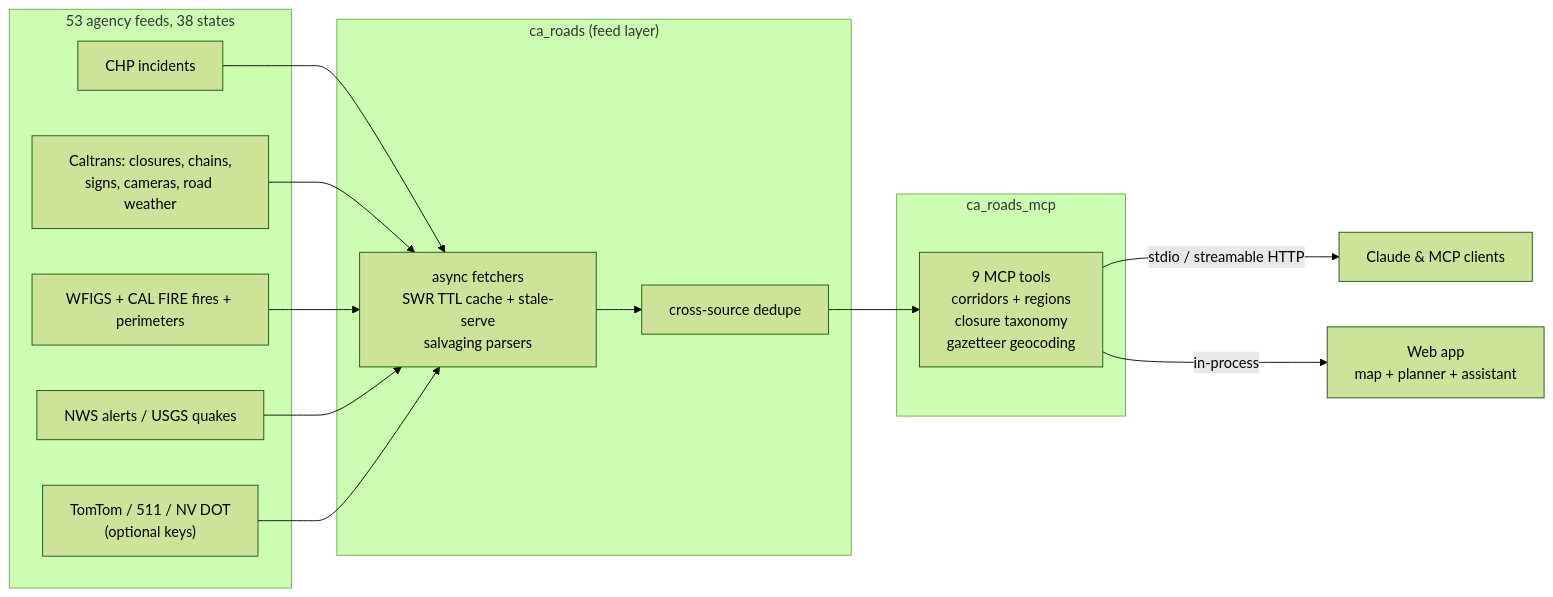
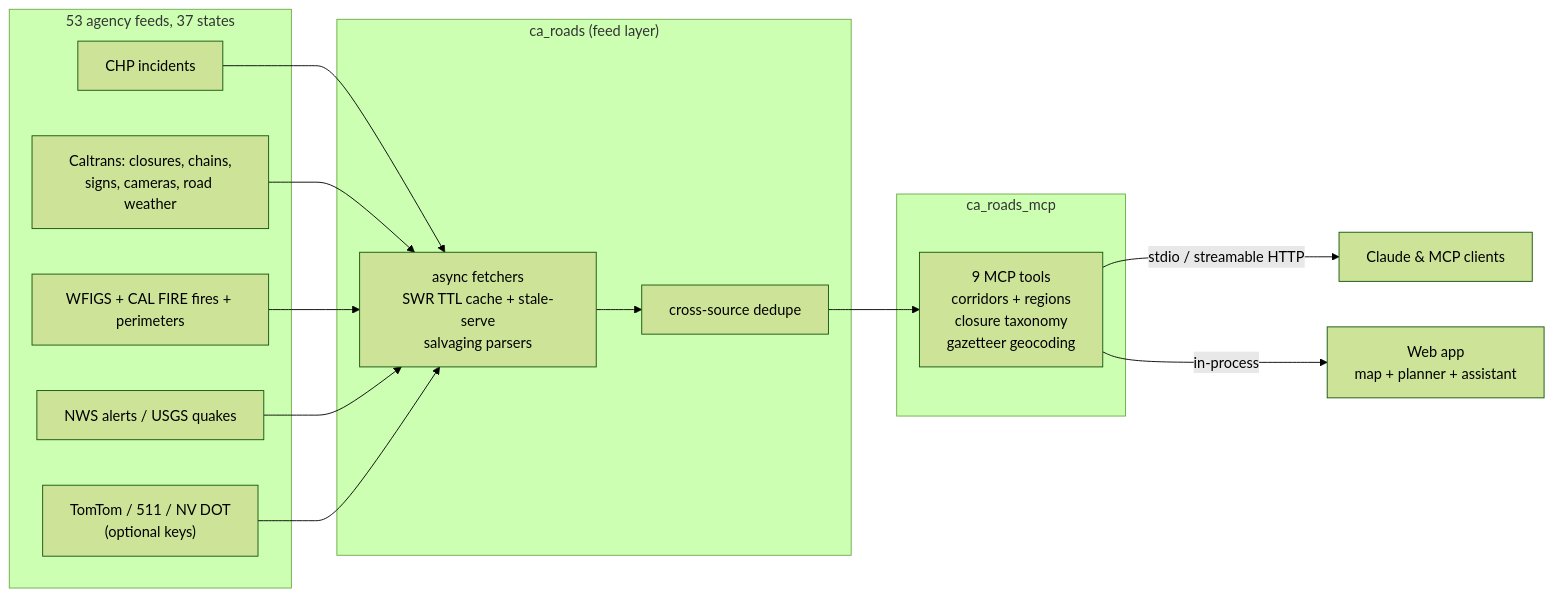
The diagram in docs/architecture.md (nicglazkov/commutescout), drawn with Mermaid (forest theme) before and after one commit. The commit also changed 13 other files, not shown here.

````diff
--- a/docs/architecture.md
+++ b/docs/architecture.md
@@ -3,20 +3,20 @@
 ```mermaid
 flowchart LR
-    subgraph feeds["53 agency feeds, 38 states"]
+    subgraph feeds["53 agency feeds, 37 states"]
         CHP["CHP incidents"]
         CT["Caltrans: closures, chains,<br/>signs, cameras, road weather"]
         WF["WFIGS + CAL FIRE fires + perimeters"]
         WX["NWS alerts / USGS quakes"]
         OPT["TomTom / 511 / NV DOT<br/>(optional keys)"]
     end
     subgraph pkg["ca_roads (feed layer)"]
         F["async fetchers<br/>SWR TTL cache + stale-serve<br/>salvaging parsers"]
         D["cross-source dedupe"]
     end
     subgraph srv["ca_roads_mcp"]
         T["9 MCP tools<br/>corridors + regions<br/>closure taxonomy<br/>gazetteer geocoding"]
     end
     CHP & CT & WF & WX & OPT --> F --> D --> T
     T -->|"stdio / streamable HTTP"| MCP["Claude & MCP clients"]
     T -->|"in-process"| DEMO["Web app<br/>map + planner + assistant"]
 ```
````
